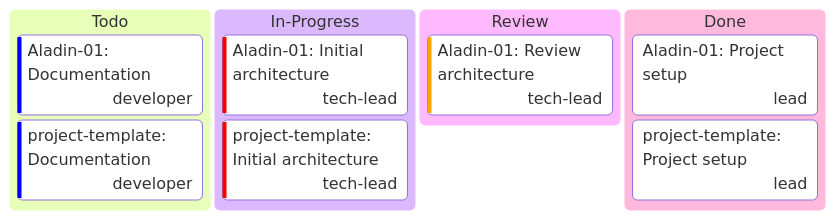
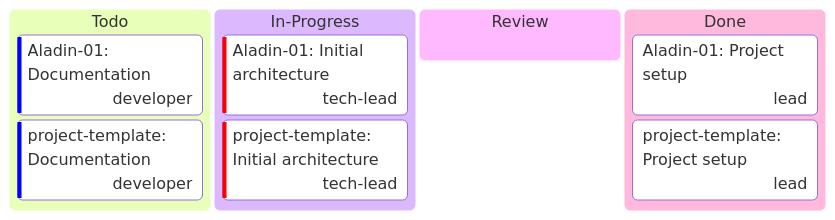
The diagram in docs/unified-kanban.md (Katty-Fashion/kf-cpto), drawn with Mermaid before and after one commit. The commit also changed other lines of this file and 5 other files, not shown here.

````diff
--- a/docs/unified-kanban.md
+++ b/docs/unified-kanban.md
@@ -15,14 +15,13 @@
 ```mermaid
 kanban
   Todo
-    task4[Aladin-01: Documentation]@{ priority: 'Low', assigned: 'developer' }
-    task7[project-template: Documentation]@{ priority: 'Low', assigned: 'developer' }
+    task3[Aladin-01: Documentation]@{ priority: 'Low', assigned: 'developer' }
+    task6[project-template: Documentation]@{ priority: 'Low', assigned: 'developer' }
   In-Progress
     task2[Aladin-01: Initial architecture]@{ priority: 'Very High', assigned: 'tech-lead' }
-    task6[project-template: Initial architecture]@{ priority: 'Very High', assigned: 'tech-lead' }
+    task5[project-template: Initial architecture]@{ priority: 'Very High', assigned: 'tech-lead' }
   Review
-    task3[Aladin-01: Review architecture]@{ priority: 'High', assigned: 'tech-lead' }
   Done
     task1[Aladin-01: Project setup]@{ assigned: 'lead' }
-    task5[project-template: Project setup]@{ assigned: 'lead' }
+    task4[project-template: Project setup]@{ assigned: 'lead' }
 ```
````
